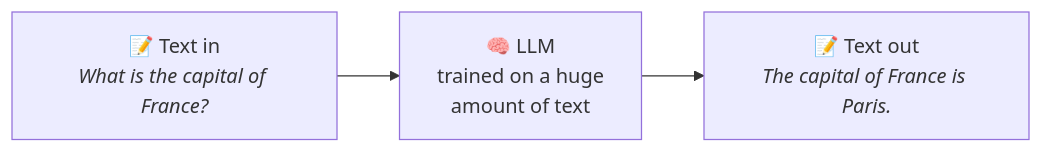
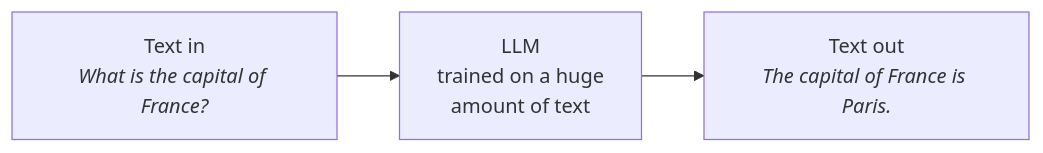
One commit to anandgaur22/ai-agent-python-demo changed the second of 36 diagrams in README.md. Above: the diagram before and after it, drawn with Mermaid. The commit also changed other lines of this file, not shown here.

````diff
--- a/README.md
+++ b/README.md
@@ -87,4 +85,4 @@
 ```mermaid
 flowchart LR
-  A["📝 Text in<br/><i>What is the capital of France?</i>"] --> B["🧠 LLM<br/>trained on a huge<br/>amount of text"] --> C["📝 Text out<br/><i>The capital of France is Paris.</i>"]
+  A["Text in<br/><i>What is the capital of France?</i>"] --> B["LLM<br/>trained on a huge<br/>amount of text"] --> C["Text out<br/><i>The capital of France is Paris.</i>"]
 ```
````
